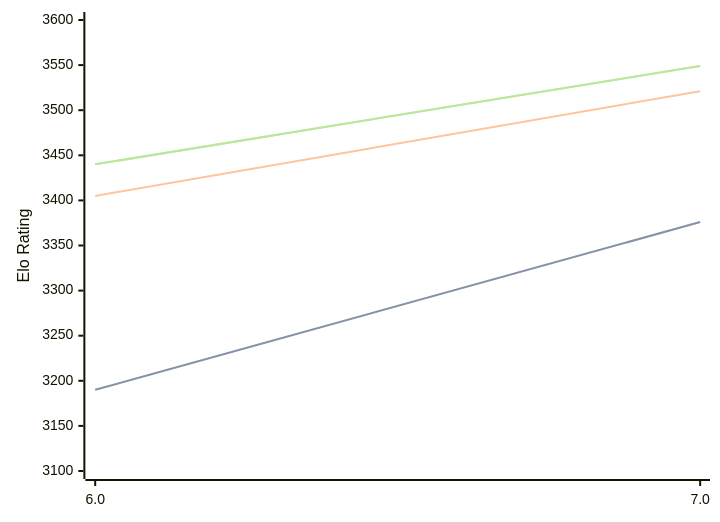
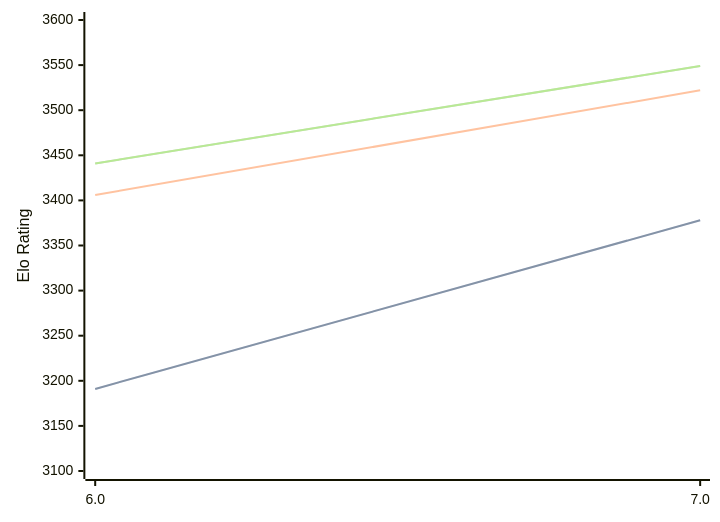
One commit to computer-chess-index/cci changed the diagram in engines/Devre.md. Above: the diagram before and after it, drawn with Mermaid. The commit also changed other lines of this file, not shown here.

Commit message:
Update CCI Ratings (ELO VLTC) - 2026-09-07

````diff
--- a/engines/Devre.md
+++ b/engines/Devre.md
@@ -32,11 +32,11 @@
 ```mermaid
 %%{init: {"theme":"base","themeVariables":{"seriesColors:['#a3a3a3','#222221','#faa371']}}}%%
 xychart-beta
   x-axis ["6.0", "7.0"]
   y-axis "Elo Rating" 3100 --> 3600
-  line "" [3190, 3376]
-  line "STC (8.0+0.08s)" [3190, 3376]
-  line "LTC (60.0+0.60s)" [3405, 3521]
-  line "" [3440, 3549]
-  line "VLTC (2m24s+1.12s)" [3440, 3549]
+  line "" [3191, 3378]
+  line "STC (8.0+0.08s)" [3191, 3378]
+  line "LTC (60.0+0.60s)" [3406, 3522]
+  line "" [3441, 3549]
+  line "VLTC (2m24s+1.12s)" [3441, 3549]
 ```
````
